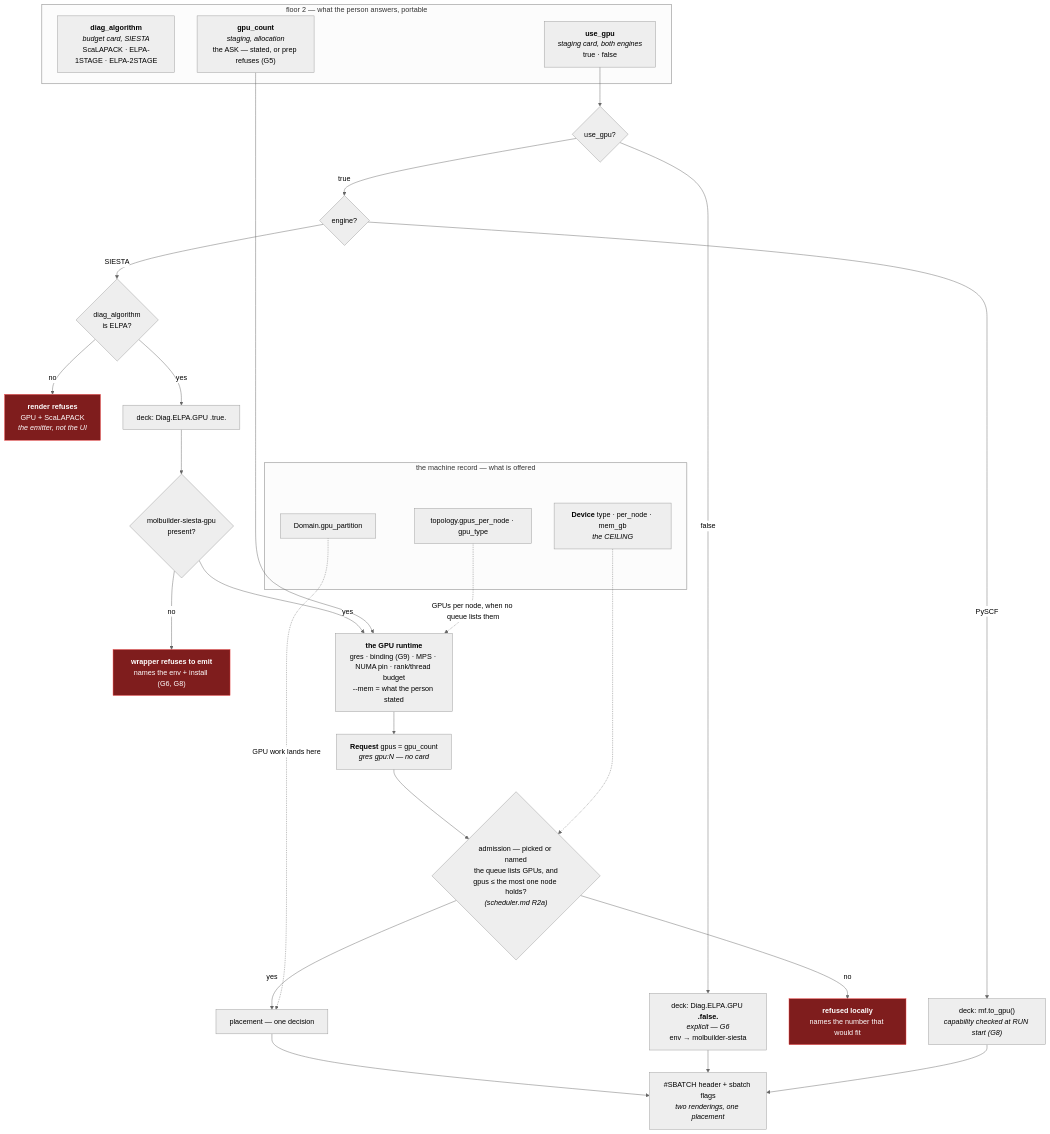
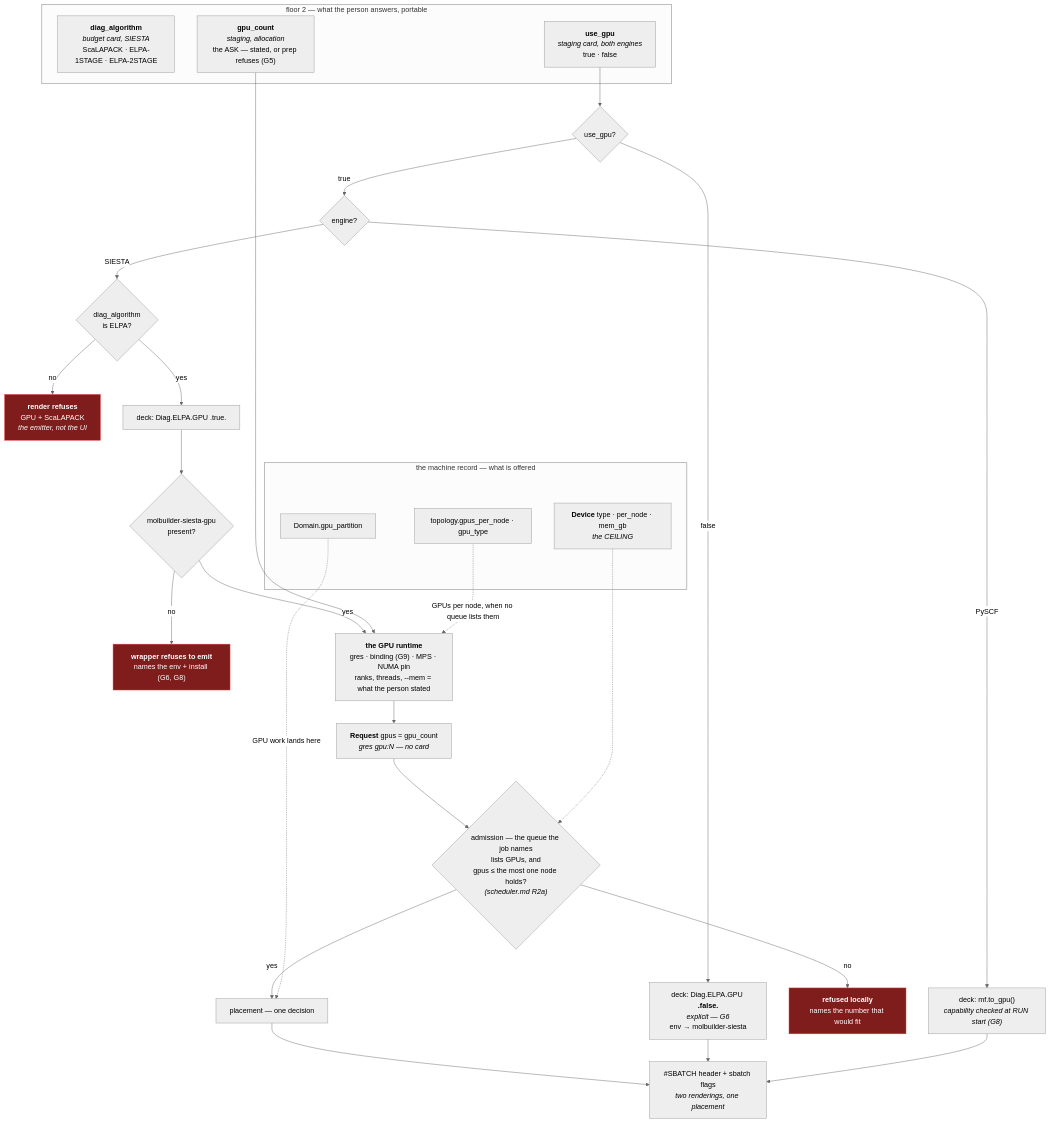
The diagram in docs/execution/gpu.md (Qing-LAB/molbuilder), drawn with Mermaid (neutral theme) before and after one commit. The commit also changed other lines of this file and 118 other files, not shown here.

````diff
--- a/docs/execution/gpu.md
+++ b/docs/execution/gpu.md
@@ -209,44 +210,44 @@
 ```mermaid
 flowchart TB
     subgraph ASK["floor 2 — what the person answers, portable"]
         SOLVER["<b>diag_algorithm</b><br/><i>budget card, SIESTA</i><br/>ScaLAPACK · ELPA-1STAGE · ELPA-2STAGE"]
         WANT["<b>use_gpu</b><br/><i>staging card, both engines</i><br/>true · false"]
         COUNT["<b>gpu_count</b><br/><i>staging, allocation</i><br/>the ASK — stated, or prep refuses (G5)"]
     end
 
     subgraph MACH["the machine record — what is offered"]
         DEV["<b>Device</b> type · per_node · mem_gb<br/><i>the CEILING</i>"]
         TOPO["topology.gpus_per_node · gpu_type"]
         PART["Domain.gpu_partition"]
     end
 
     WANT --> Q1{"use_gpu?"}
     Q1 -->|false| CPU["deck: Diag.ELPA.GPU <b>.false.</b><br/><i>explicit — G6</i><br/>env → molbuilder-siesta"]
     Q1 -->|true| Q2{"engine?"}
 
     Q2 -->|SIESTA| Q3{"diag_algorithm<br/>is ELPA?"}
     Q3 -->|no| REFUSE1["<b>render refuses</b><br/>GPU + ScaLAPACK<br/><i>the emitter, not the UI</i>"]
     Q3 -->|yes| DECK["deck: Diag.ELPA.GPU .true."]
     Q2 -->|PySCF| PYDECK["deck: mf.to_gpu()<br/><i>capability checked at RUN start (G8)</i>"]
 
     DECK --> ENV{"molbuilder-siesta-gpu<br/>present?"}
     ENV -->|no| REFUSE2["<b>wrapper refuses to emit</b><br/>names the env + install (G6, G8)"]
-    ENV -->|yes| RT["<b>the GPU runtime</b><br/>gres · binding (G9) · MPS · NUMA pin · rank/thread budget<br/>--mem = what the person stated"]
+    ENV -->|yes| RT["<b>the GPU runtime</b><br/>gres · binding (G9) · MPS · NUMA pin<br/>ranks, threads, --mem = what the person stated"]
 
     COUNT --> RT
     TOPO -.->|"GPUs per node, when no queue lists them"| RT
     RT --> REQ["<b>Request</b> gpus = gpu_count<br/><i>gres gpu:N — no card</i>"]
 
-    REQ --> ADMIT{"admission — picked or named<br/>the queue lists GPUs, and<br/>gpus ≤ the most one node holds?<br/><i>(scheduler.md R2a)</i>"}
+    REQ --> ADMIT{"admission — the queue the job names<br/>lists GPUs, and<br/>gpus ≤ the most one node holds?<br/><i>(scheduler.md R2a)</i>"}
     DEV -.-> ADMIT
     ADMIT -->|no| REFUSE3["<b>refused locally</b><br/>names the number that would fit"]
     ADMIT -->|yes| PLACE["placement — one decision"]
     PART -.->|"GPU work lands here"| PLACE
     PLACE --> OUT["#SBATCH header + sbatch flags<br/><i>two renderings, one placement</i>"]
 
     CPU --> OUT
     PYDECK --> OUT
 
     classDef refuse fill:#7f1d1d,stroke:#ef4444,color:#fff
     class REFUSE1,REFUSE2,REFUSE3 refuse
 ```
````
